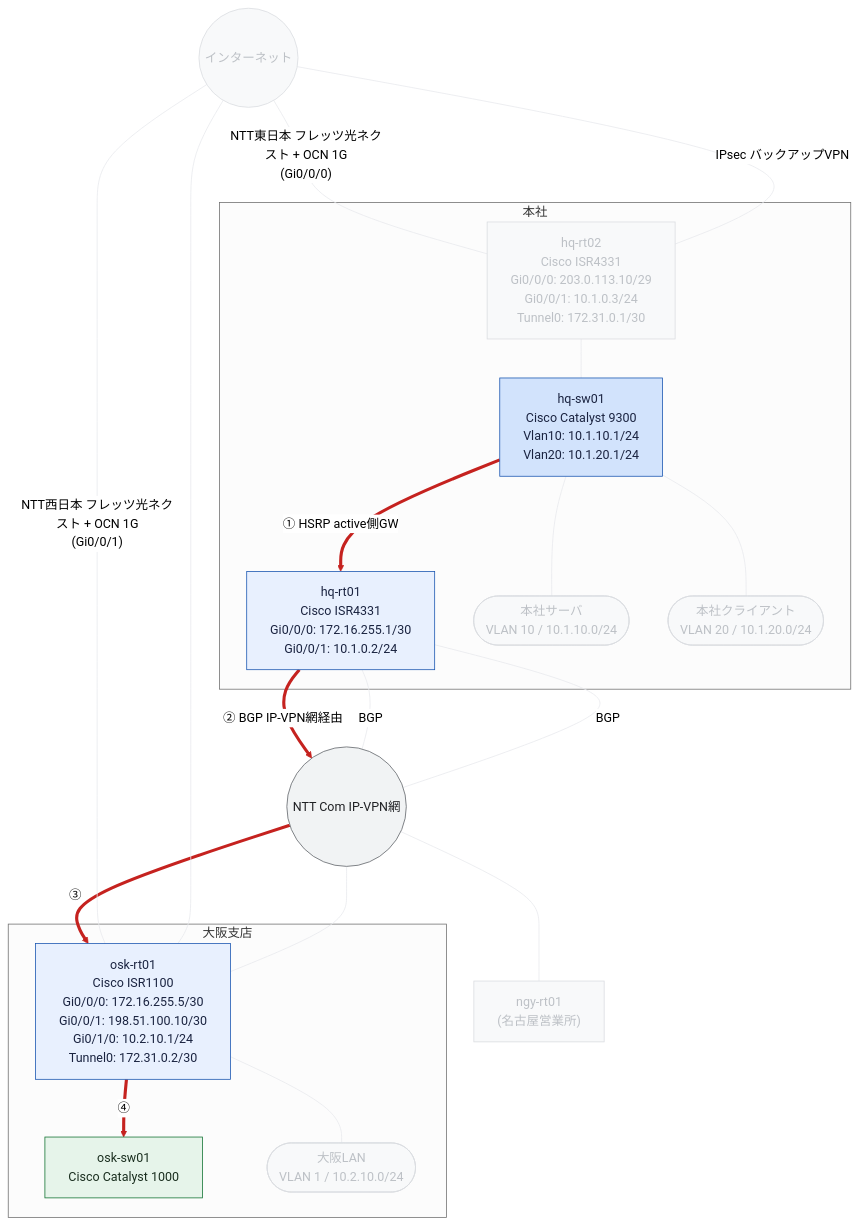
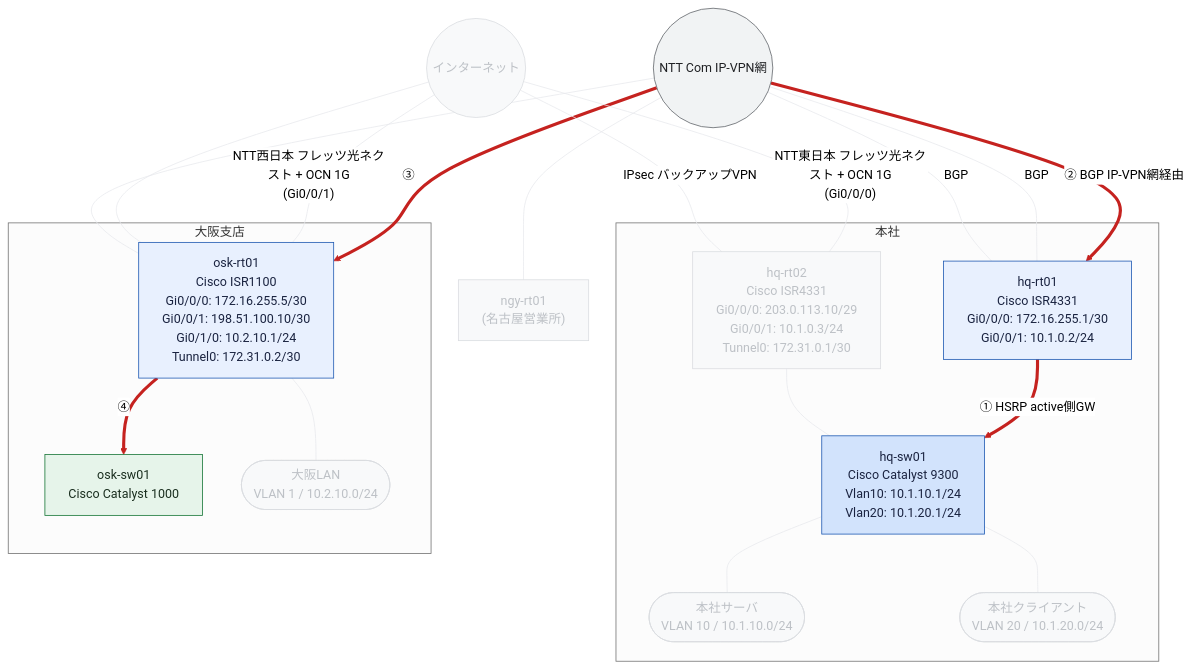
Before and after one commit to thinas1115/nwdsl: the diagram in examples/sample-corp/generated/path-normal.mmd, drawn with Mermaid (neutral theme). The commit also changed 21 other files, not shown here.

First line of the commit message:
経路図の矢印反転がレイアウトの階層を壊す問題を修正

```diff
--- a/examples/sample-corp/generated/path-normal.mmd
+++ b/examples/sample-corp/generated/path-normal.mmd
@@ -1,51 +1,51 @@
 flowchart TB
   subgraph sg_hq["本社"]
     hq_rt01["hq-rt01<br>Cisco ISR4331<br>Gi0/0/0: 172.16.255.1/30<br>Gi0/0/1: 10.1.0.2/24"]
     hq_sw01["hq-sw01<br>Cisco Catalyst 9300<br>Vlan10: 10.1.10.1/24<br>Vlan20: 10.1.20.1/24"]
     hq_rt02["hq-rt02<br>Cisco ISR4331<br>Gi0/0/0: 203.0.113.10/29<br>Gi0/0/1: 10.1.0.3/24<br>Tunnel0: 172.31.0.1/30"]
     seg__hq_server(["本社サーバ<br>VLAN 10 / 10.1.10.0/24"])
     seg__hq_client(["本社クライアント<br>VLAN 20 / 10.1.20.0/24"])
   end
   subgraph sg_osk["大阪支店"]
     osk_rt01["osk-rt01<br>Cisco ISR1100<br>Gi0/0/0: 172.16.255.5/30<br>Gi0/0/1: 198.51.100.10/30<br>Gi0/1/0: 10.2.10.1/24<br>Tunnel0: 172.31.0.2/30"]
     osk_sw01["osk-sw01<br>Cisco Catalyst 1000"]
     seg__osk_lan(["大阪LAN<br>VLAN 1 / 10.2.10.0/24"])
   end
   ipvpn(("NTT Com IP-VPN網"))
   internet(("インターネット"))
   ngy_rt01["ngy-rt01<br>(名古屋営業所)"]
-  hq_sw01 -->|"① HSRP active側GW"| hq_rt01
+  hq_rt01 -->|"① HSRP active側GW"| hq_sw01
   hq_rt02 --- hq_sw01
   osk_rt01 -->|"④"| osk_sw01
-  hq_rt01 -->|"② BGP IP-VPN網経由"| ipvpn
+  ipvpn -->|"② BGP IP-VPN網経由"| hq_rt01
   ipvpn -->|"③"| osk_rt01
   internet ---|"NTT東日本 フレッツ光ネクスト + OCN 1G<br>(Gi0/0/0)"| hq_rt02
   internet ---|"NTT西日本 フレッツ光ネクスト + OCN 1G<br>(Gi0/0/1)"| osk_rt01
   internet ---|"IPsec バックアップVPN"| hq_rt02
   internet --- osk_rt01
   ipvpn ---|"BGP"| hq_rt01
   ipvpn --- osk_rt01
   ipvpn ---|"BGP"| hq_rt01
   ipvpn --- ngy_rt01
   hq_sw01 --- seg__hq_server
   hq_sw01 --- seg__hq_client
   osk_rt01 --- seg__osk_lan
 
   classDef node_dim fill:#f8f9fa,stroke:#dadce0,color:#bdc1c6
   classDef node_failed fill:#fce8e6,stroke:#c5221f,color:#3c1a19
   classDef role_router fill:#e8f0fe,stroke:#1a56b0,color:#1a2340
   classDef role_l3switch fill:#d2e3fc,stroke:#1a56b0,color:#1a2340
   classDef role_l2switch fill:#e6f4ea,stroke:#137333,color:#1a2e1f
   classDef role_firewall fill:#fce8e6,stroke:#c5221f,color:#3c1a19
   classDef role_other fill:#f1f3f4,stroke:#5f6368,color:#202124
   classDef node_cloud fill:#f1f3f4,stroke:#5f6368,color:#202124
   classDef node_site fill:#fff8e1,stroke:#b58105,color:#4a3a08
   classDef node_segment fill:#e2f5f0,stroke:#0f766e,color:#0b3d38
   classDef node_external fill:#ffffff,stroke:#9aa0a6,stroke-dasharray:3 3,color:#5f6368
   class hq_rt01,osk_rt01 role_router
   class hq_sw01 role_l3switch
   class hq_rt02,internet,ngy_rt01,seg__hq_server,seg__hq_client,seg__osk_lan node_dim
   class osk_sw01 role_l2switch
   class ipvpn node_cloud
   linkStyle 0,2,3,4 stroke:#c5221f,stroke-width:4px
   linkStyle 1,5,6,7,8,9,10,11,12,13,14,15 stroke:#e8eaed,stroke-width:1px
```
